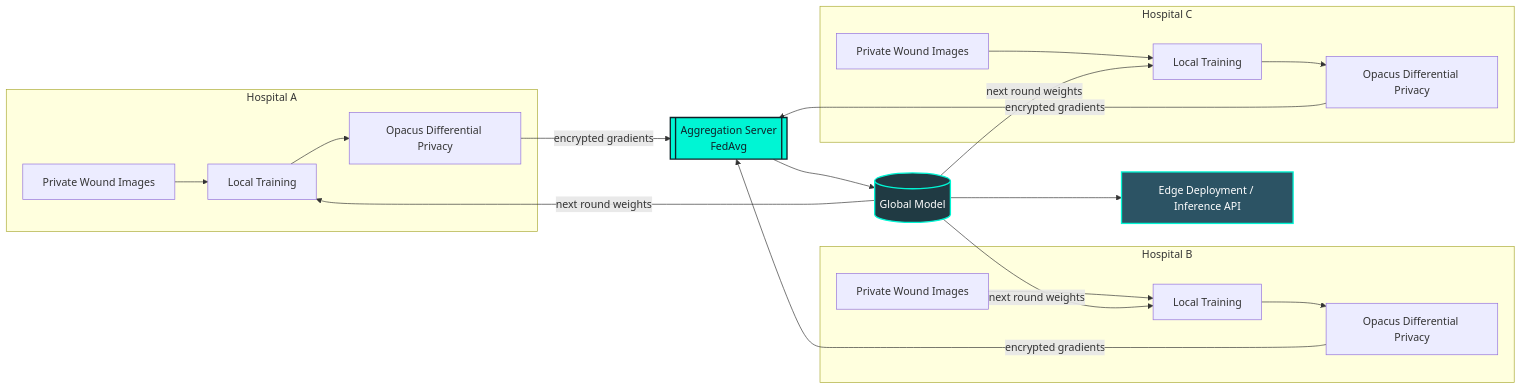
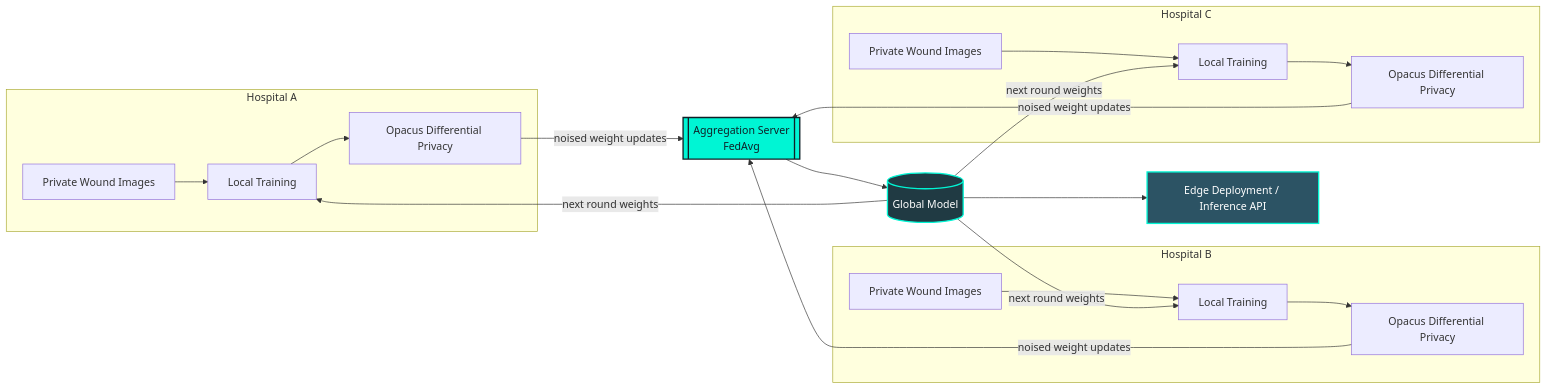
One commit to Tejo0507/securederm-ai changed the diagram in README.md. Above: the diagram before and after it, drawn with Mermaid. The commit also changed other lines of this file, not shown here.

````diff
--- a/README.md
+++ b/README.md
@@ -49,31 +49,31 @@
 ```mermaid
 flowchart LR
     subgraph HA["Hospital A"]
         A1[Private Wound Images] --> A2[Local Training]
         A2 --> A3[Opacus Differential Privacy]
     end
 
     subgraph HB["Hospital B"]
         B1[Private Wound Images] --> B2[Local Training]
         B2 --> B3[Opacus Differential Privacy]
     end
 
     subgraph HC["Hospital C"]
         C1[Private Wound Images] --> C2[Local Training]
         C2 --> C3[Opacus Differential Privacy]
     end
 
-    A3 -- encrypted gradients --> AGG
-    B3 -- encrypted gradients --> AGG
-    C3 -- encrypted gradients --> AGG
+    A3 -- noised weight updates --> AGG
+    B3 -- noised weight updates --> AGG
+    C3 -- noised weight updates --> AGG
 
     AGG[["Aggregation Server\nFedAvg"]] --> GM[(Global Model)]
     GM -- next round weights --> A2
     GM -- next round weights --> B2
     GM -- next round weights --> C2
     GM --> EDGE[Edge Deployment / Inference API]
 
     style AGG fill:#00F5D4,stroke:#0F2027,stroke-width:2,color:#0F2027
     style GM fill:#203A43,stroke:#00F5D4,stroke-width:2,color:#fff
     style EDGE fill:#2C5364,stroke:#00F5D4,stroke-width:2,color:#fff
 ```
````
